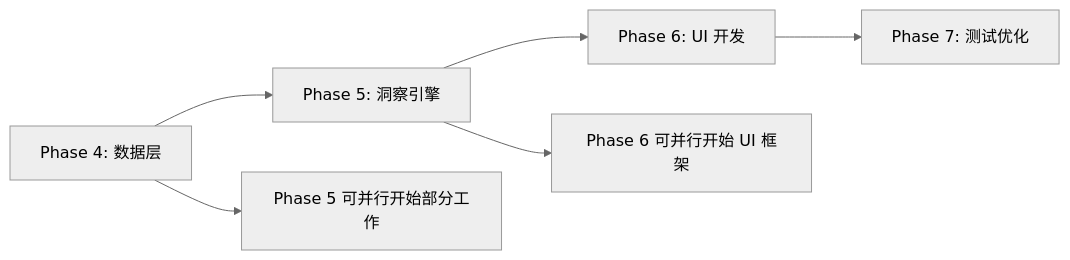
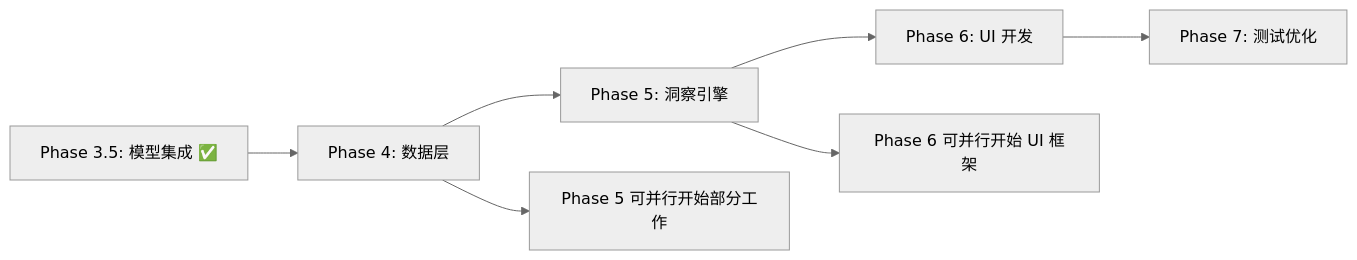
Before and after one commit to tangzzz-fan/morning_goal_model: the diagram in docs/IMPLEMENT_PLAN.md, drawn with Mermaid (neutral theme). The commit also changed other lines of this file and 4 other files, not shown here.

````diff
--- a/docs/IMPLEMENT_PLAN.md
+++ b/docs/IMPLEMENT_PLAN.md
@@ -474,9 +617,10 @@
 ```mermaid
 graph LR
-    A[Phase 4: 数据层] --> B[Phase 5: 洞察引擎]
-    B --> C[Phase 6: UI 开发]
-    C --> D[Phase 7: 测试优化]
+    A[Phase 3.5: 模型集成 ✅] --> B[Phase 4: 数据层]
+    B --> C[Phase 5: 洞察引擎]
+    C --> D[Phase 6: UI 开发]
+    D --> E[Phase 7: 测试优化]
     
-    A --> E[Phase 5 可并行开始部分工作]
-    B --> F[Phase 6 可并行开始 UI 框架]
+    B --> F[Phase 5 可并行开始部分工作]
+    C --> G[Phase 6 可并行开始 UI 框架]
 ```
````
